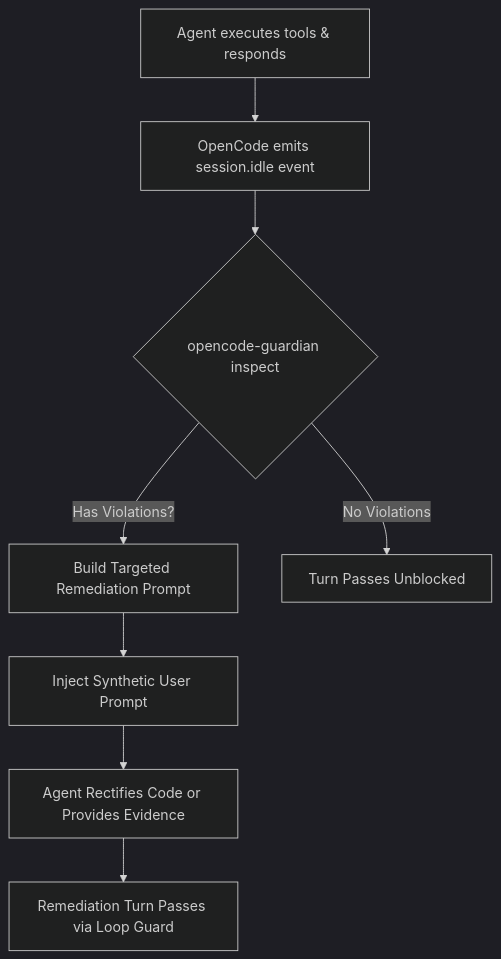
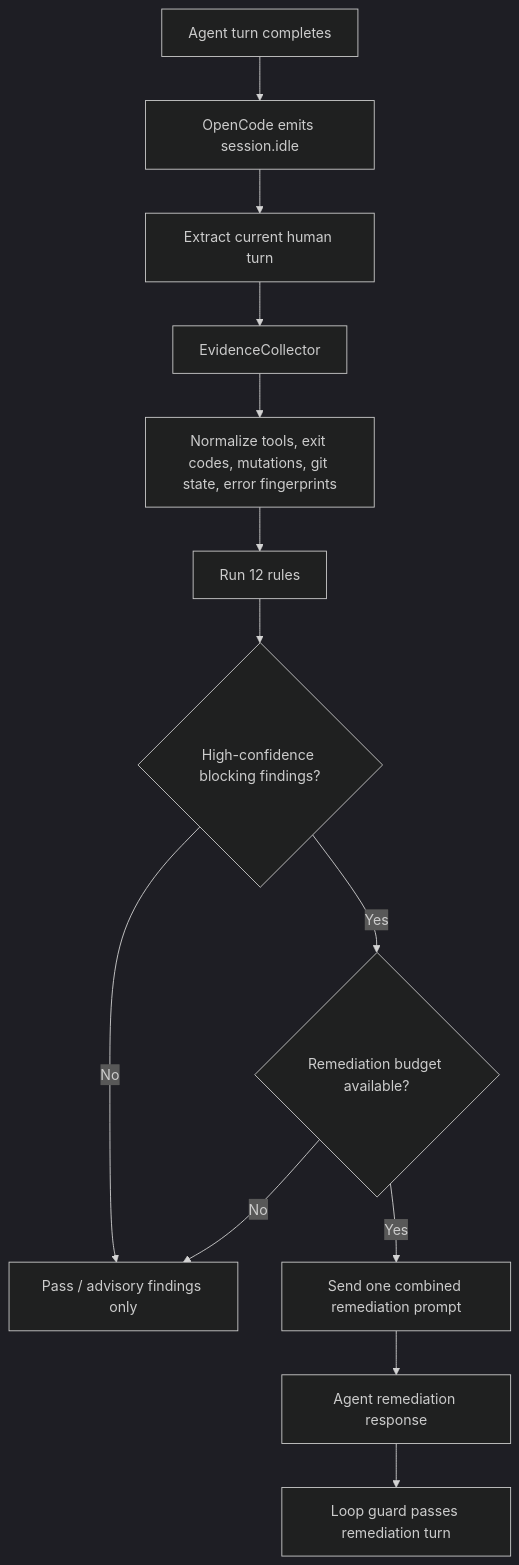
One commit to qunqin24/opendock changed the diagram in src/data/readme/opencode-guardian.md. Above: the diagram before and after it, drawn with Mermaid (dark theme). The commit also changed other lines of this file and 93 other files, not shown here.

````diff
--- a/src/data/readme/opencode-guardian.md
+++ b/src/data/readme/opencode-guardian.md
@@ -124,10 +169,15 @@
 ```mermaid
 flowchart TD
-    A[Agent executes tools & responds] --> B[OpenCode emits session.idle event]
-    B --> C{opencode-guardian inspect}
-    C -->|Has Violations?| D[Build Targeted Remediation Prompt]
-    D --> E[Inject Synthetic User Prompt]
-    E --> F[Agent Rectifies Code or Provides Evidence]
-    F --> G[Remediation Turn Passes via Loop Guard]
-    C -->|No Violations| H[Turn Passes Unblocked]
+    A[Agent turn completes] --> B[OpenCode emits session.idle]
+    B --> C[Extract current human turn]
+    C --> D[EvidenceCollector]
+    D --> E[Normalize tools, exit codes, mutations, git state, error fingerprints]
+    E --> F[Run 12 rules]
+    F --> G{High-confidence blocking findings?}
+    G -->|No| H[Pass / advisory findings only]
+    G -->|Yes| I{Remediation budget available?}
+    I -->|No| H
+    I -->|Yes| J[Send one combined remediation prompt]
+    J --> K[Agent remediation response]
+    K --> L[Loop guard passes remediation turn]
 ```
````
